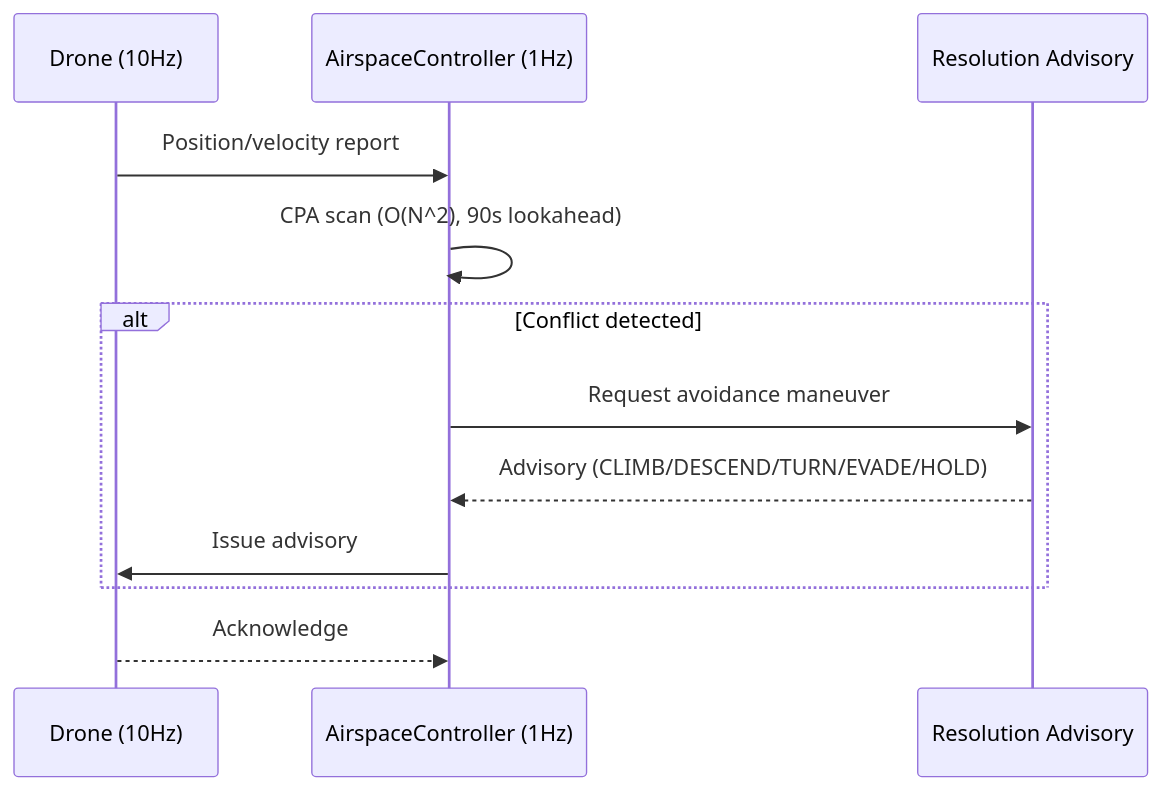
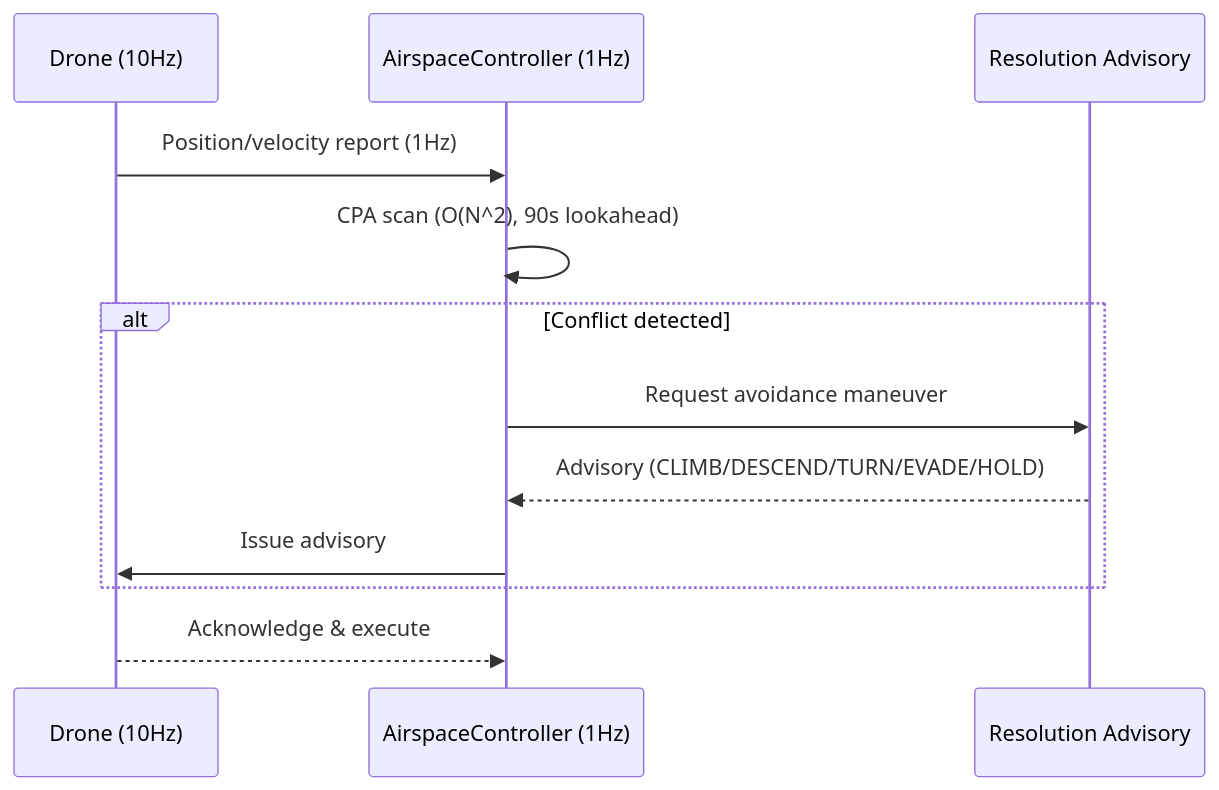
Before and after one commit to sun475300-sudo/swarm-drone-atc: the first of 2 diagrams in README.md, drawn with Mermaid. The commit also changed other lines of this file, not shown here.

````diff
--- a/README.md
+++ b/README.md
@@ -125,14 +142,14 @@
 ```mermaid
 sequenceDiagram
     participant D as Drone (10Hz)
     participant AC as AirspaceController (1Hz)
     participant RA as Resolution Advisory
-    D->>AC: Position/velocity report
+    D->>AC: Position/velocity report (1Hz)
     AC->>AC: CPA scan (O(N^2), 90s lookahead)
     alt Conflict detected
         AC->>RA: Request avoidance maneuver
         RA-->>AC: Advisory (CLIMB/DESCEND/TURN/EVADE/HOLD)
         AC->>D: Issue advisory
     end
-    D-->>AC: Acknowledge
+    D-->>AC: Acknowledge & execute
 ```
````
